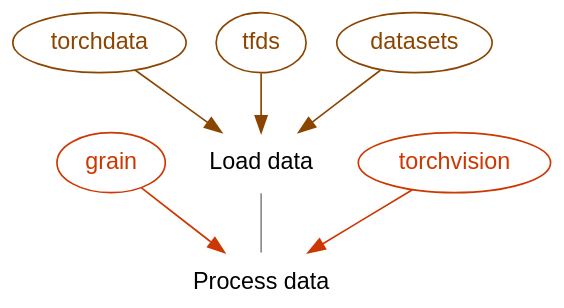
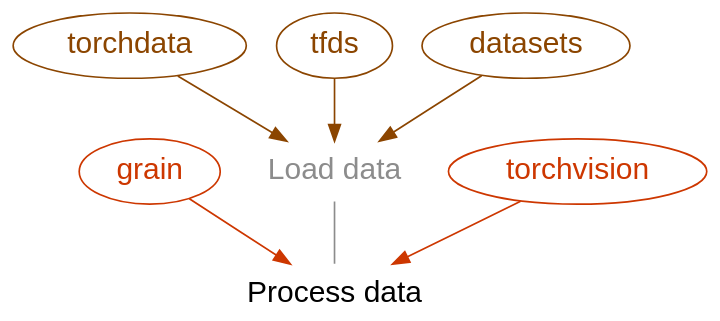
The tenth of 15 diagrams in ai/jxai/fl_jax_slides.qmd (WestDRI/arc-training), drawn with Graphviz before and after one commit. The commit also changed other lines of this file, not shown here.

Commit message:
add training in the modular series of graphs

````diff
--- a/ai/jxai/fl_jax_slides.qmd
+++ b/ai/jxai/fl_jax_slides.qmd
@@ -465,30 +465,30 @@
 ```{dot}
 //| echo: false
-//| fig-width: 550px
+//| fig-width: 500px
 
 digraph {
 
 bgcolor="transparent"
-node [fontname="Inconsolata, sans-serif", color=gray55]
+node [fontname="Inconsolata, sans-serif", color=gray55, fontsize="18pt"]
 edge [color=gray55]
 
-load [label="Load data", shape=plaintext, group=g1]
+load [label="Load data", shape=plaintext, group=g1, fontcolor=gray55]
 proc [label="Process data", shape=plaintext, group=g1]
 
 pt [label=torchdata, fontcolor=darkorange4, color=darkorange4]
 tfds [label=tfds, group=g2, fontcolor=darkorange4, color=darkorange4]
 dt [label=datasets, fontcolor=darkorange4, color=darkorange4]
 
 gr [label=grain, fontcolor=orangered3, color=orangered3]
 tv [label=torchvision, fontcolor=orangered3, color=orangered3]
 
 {rank=same; gr load tv}
 gr -> load -> tv [style=invis]
 
 {pt tfds dt} -> load [color=darkorange4]
 {gr tv} -> proc [color=orangered3]
 
 load -> proc [dir=none]
 
 }
 ```
````
